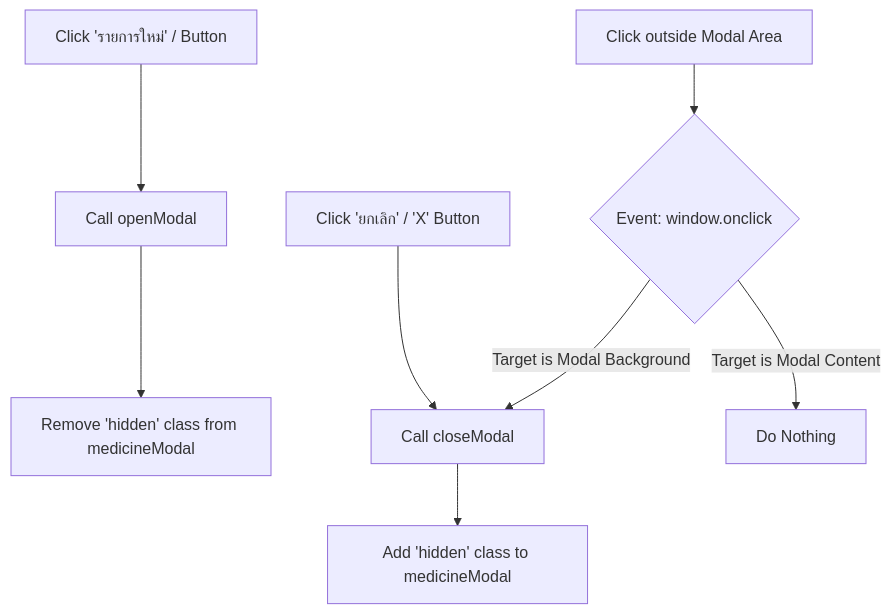
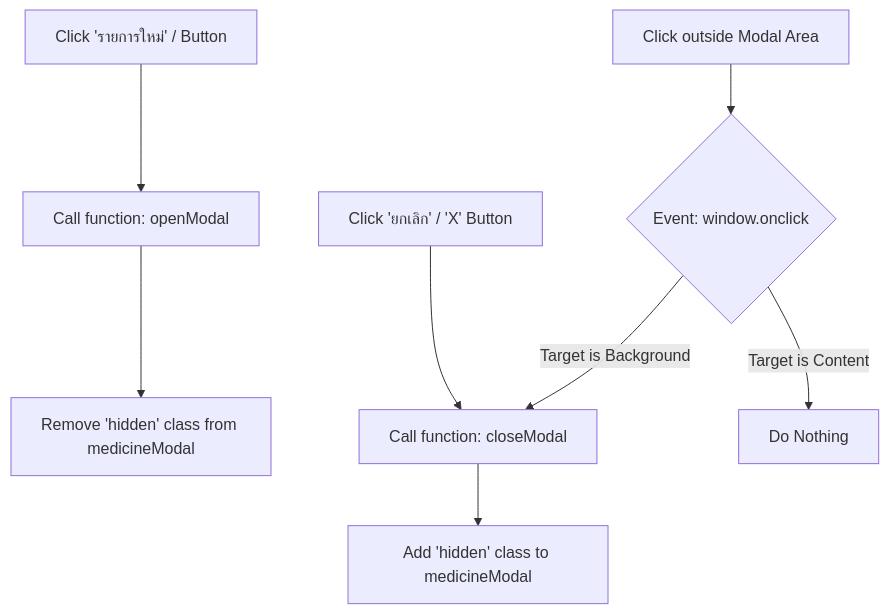
Before and after one commit to Nonnani-cs/G2_cs403: the third of 4 diagrams in system_flowchart.md, drawn with Mermaid. The commit also changed other lines of this file, not shown here.

Commit message:
flowchart v1

````diff
--- a/system_flowchart.md
+++ b/system_flowchart.md
@@ -39,12 +55,12 @@
 ```mermaid
 graph TD
-    A[Click 'รายการใหม่' / Button] --> B[Call openModal]
-    B --> C[Remove 'hidden' class from medicineModal]
+    OpenBtn[Click 'รายการใหม่' / Button] --> CallOpenModal[Call function: openModal]
+    CallOpenModal --> ShowModal[Remove 'hidden' class from medicineModal]
     
-    D[Click 'ยกเลิก' / 'X' Button] --> E[Call closeModal]
-    E --> F[Add 'hidden' class to medicineModal]
+    CloseBtn[Click 'ยกเลิก' / 'X' Button] --> CallCloseModal[Call function: closeModal]
+    CallCloseModal --> HideModal[Add 'hidden' class to medicineModal]
     
-    G[Click outside Modal Area] --> H{Event: window.onclick}
-    H -- Target is Modal Background --> E
-    H -- Target is Modal Content --> I[Do Nothing]
+    OutsideClick[Click outside Modal Area] --> GlobalClick{Event: window.onclick}
+    GlobalClick -- Target is Background --> CallCloseModal
+    GlobalClick -- Target is Content --> Ignore[Do Nothing]
 ```
````
